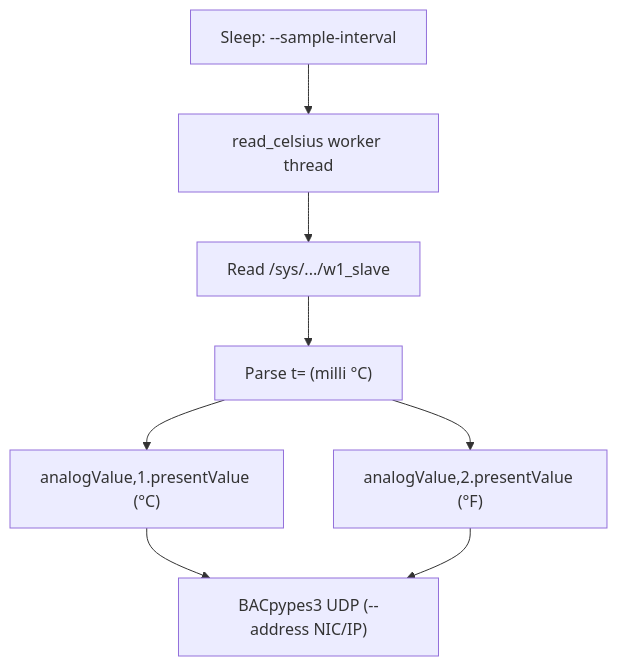
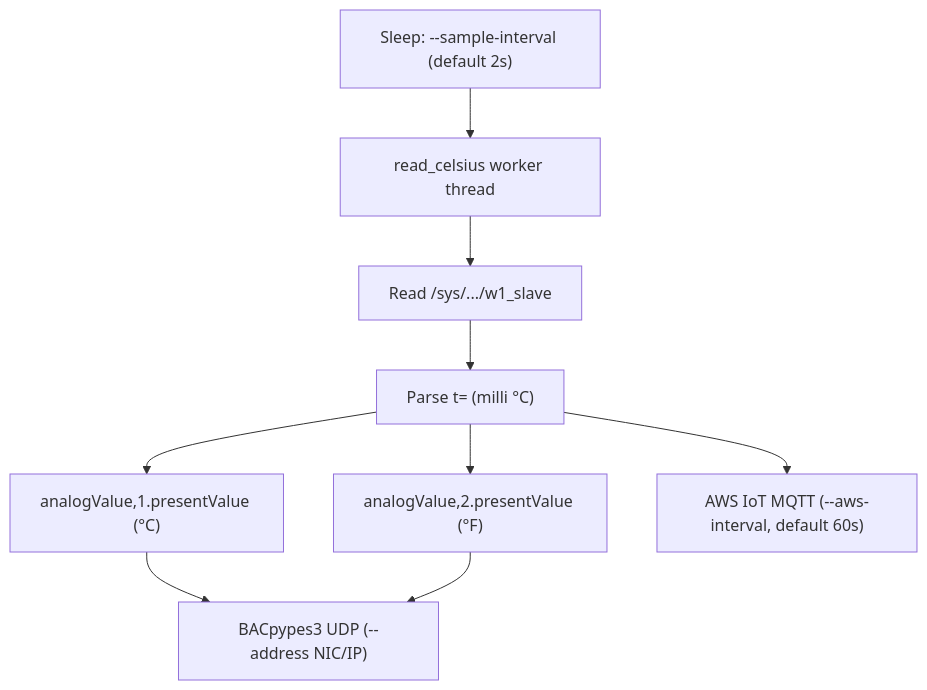
The diagram in vibe_code_apps_12/README.md (bbartling/py-bacnet-stacks-playground), drawn with Mermaid before and after one commit. The commit also changed other lines of this file and 69 other files, not shown here.

````diff
--- a/vibe_code_apps_12/README.md
+++ b/vibe_code_apps_12/README.md
@@ -79,10 +79,11 @@
 ```mermaid
 flowchart TB
-    S["Sleep: --sample-interval"] --> R["read_celsius worker thread"]
+    S["Sleep: --sample-interval (default 2s)"] --> R["read_celsius worker thread"]
     R --> W1["Read /sys/.../w1_slave"]
     W1 --> P["Parse t= (milli °C)"]
     P --> C["analogValue,1.presentValue (°C)"]
     P --> F["analogValue,2.presentValue (°F)"]
     C --> BV["BACpypes3 UDP (--address NIC/IP)"]
     F --> BV
+    P --> M["AWS IoT MQTT (--aws-interval, default 60s)"]
 ```
````
